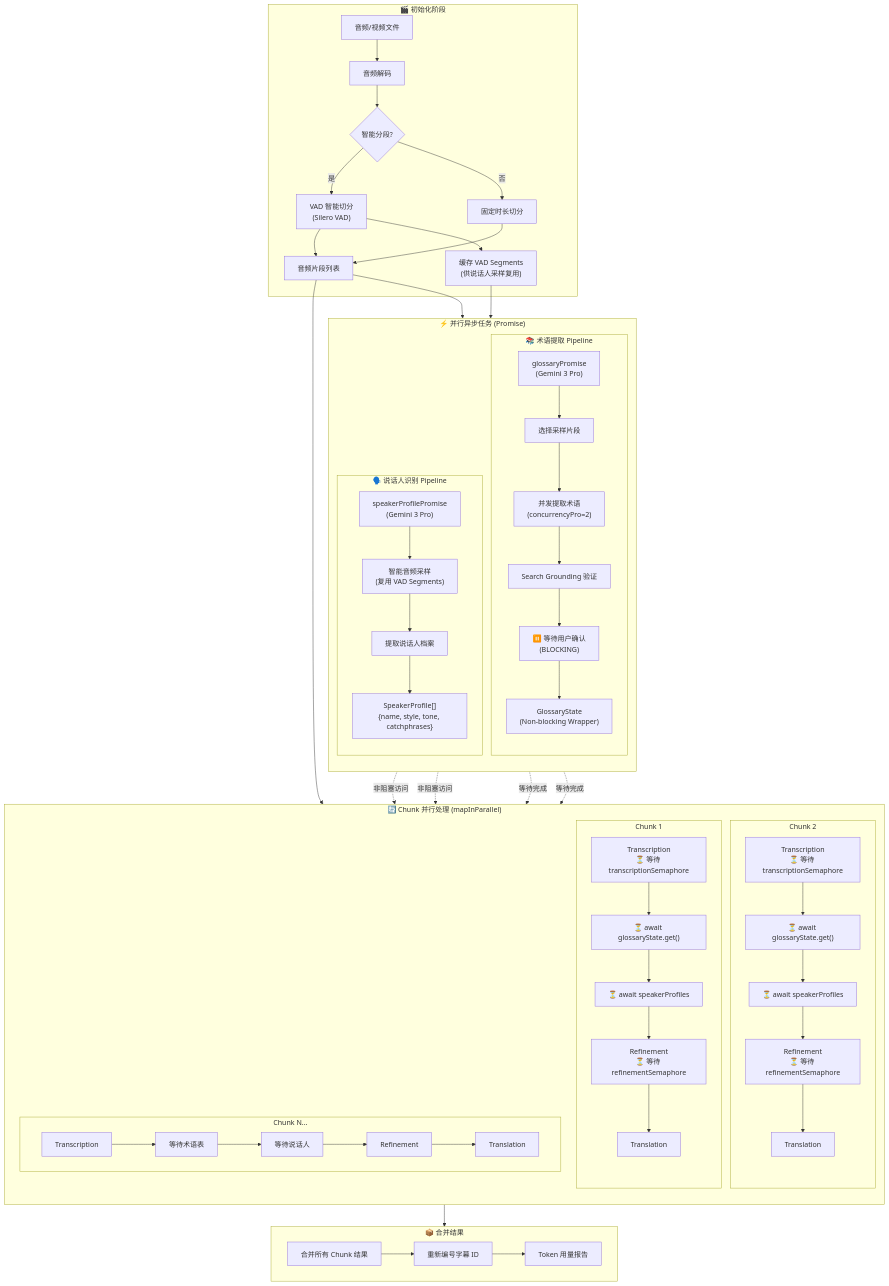
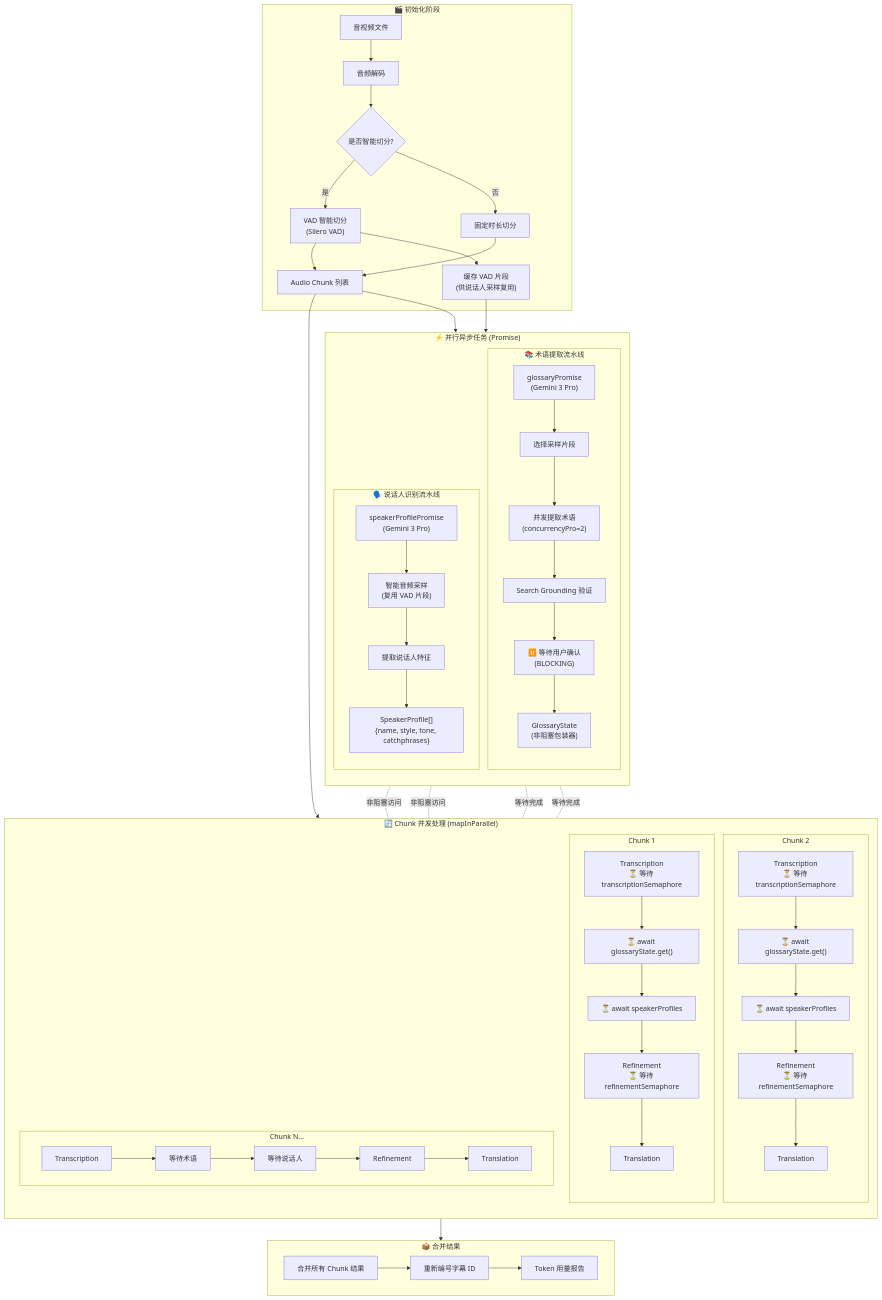
One commit to corvo007/Gemini-Subtitle-Pro changed the fourth of 15 diagrams in docs/ARCHITECTURE_zh.md. Above: the diagram before and after it, drawn with Mermaid. The commit also changed other lines of this file and 3 other files, not shown here.

First line of the commit message:
docs: update architecture with reconciler and CTC aligner

````diff
--- a/docs/ARCHITECTURE_zh.md
+++ b/docs/ARCHITECTURE_zh.md
@@ -429,76 +433,76 @@
 ```mermaid
 flowchart TB
     subgraph INIT["🎬 初始化阶段"]
-        A[音频/视频文件] --> B[音频解码]
-        B --> C{智能分段?}
+        A[音视频文件] --> B[音频解码]
+        B --> C{是否智能切分?}
         C -->|是| D["VAD 智能切分<br/>(Silero VAD)"]
         C -->|否| E[固定时长切分]
-        D --> F[音频片段列表]
+        D --> F[Audio Chunk 列表]
         E --> F
-        D --> G["缓存 VAD Segments<br/>(供说话人采样复用)"]
+        D --> G["缓存 VAD 片段<br/>(供说话人采样复用)"]
     end
 
     subgraph PARALLEL["⚡ 并行异步任务 (Promise)"]
         direction TB
 
-        subgraph GLOSSARY["📚 术语提取 Pipeline"]
+        subgraph GLOSSARY["📚 术语提取流水线"]
             H["glossaryPromise<br/>(Gemini 3 Pro)"]
             H --> I[选择采样片段]
             I --> J["并发提取术语<br/>(concurrencyPro=2)"]
             J --> K[Search Grounding 验证]
             K --> L["⏸️ 等待用户确认<br/>(BLOCKING)"]
-            L --> M["GlossaryState<br/>(Non-blocking Wrapper)"]
+            L --> M["GlossaryState<br/>(非阻塞包装器)"]
         end
 
-        subgraph SPEAKER["🗣️ 说话人识别 Pipeline"]
+        subgraph SPEAKER["🗣️ 说话人识别流水线"]
             N["speakerProfilePromise<br/>(Gemini 3 Pro)"]
-            N --> O["智能音频采样<br/>(复用 VAD Segments)"]
-            O --> P[提取说话人档案]
+            N --> O["智能音频采样<br/>(复用 VAD 片段)"]
+            O --> P[提取说话人特征]
             P --> Q["SpeakerProfile[]<br/>{name, style, tone, catchphrases}"]
         end
     end
 
-    subgraph CHUNKS["🔄 Chunk 并行处理 (mapInParallel)"]
+    subgraph CHUNKS["🔄 Chunk 并发处理 (mapInParallel)"]
         direction TB
 
         subgraph CHUNK1["Chunk 1"]
             C1_T["Transcription<br/>⏳ 等待 transcriptionSemaphore"]
             C1_T --> C1_G["⏳ await glossaryState.get()"]
             C1_G --> C1_S["⏳ await speakerProfiles"]
             C1_S --> C1_R["Refinement<br/>⏳ 等待 refinementSemaphore"]
             C1_R --> C1_TR[Translation]
         end
 
         subgraph CHUNK2["Chunk 2"]
             C2_T["Transcription<br/>⏳ 等待 transcriptionSemaphore"]
             C2_T --> C2_G["⏳ await glossaryState.get()"]
             C2_G --> C2_S["⏳ await speakerProfiles"]
             C2_S --> C2_R["Refinement<br/>⏳ 等待 refinementSemaphore"]
             C2_R --> C2_TR[Translation]
         end
 
         subgraph CHUNKN["Chunk N..."]
             CN_T["Transcription"]
-            CN_T --> CN_G["等待术语表"]
+            CN_T --> CN_G["等待术语"]
             CN_G --> CN_S["等待说话人"]
             CN_S --> CN_R["Refinement"]
             CN_R --> CN_TR[Translation]
         end
     end
 
     F --> PARALLEL
     G --> O
     F --> CHUNKS
-    M -.->|"非阻塞访问"| C1_G
-    M -.->|"非阻塞访问"| C2_G
-    Q -.->|"等待完成"| C1_S
-    Q -.->|"等待完成"| C2_S
+    M -.-|"非阻塞访问"| C1_G
+    M -.-|"非阻塞访问"| C2_G
+    Q -.-|"等待完成"| C1_S
+    Q -.-|"等待完成"| C2_S
 
     subgraph MERGE["📦 合并结果"]
         R[合并所有 Chunk 结果]
         R --> S[重新编号字幕 ID]
         S --> T[Token 用量报告]
     end
 
     CHUNKS --> MERGE
 ```
````
